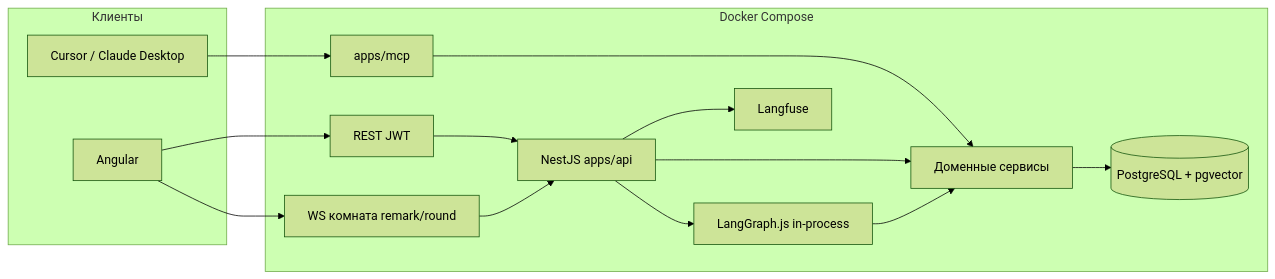
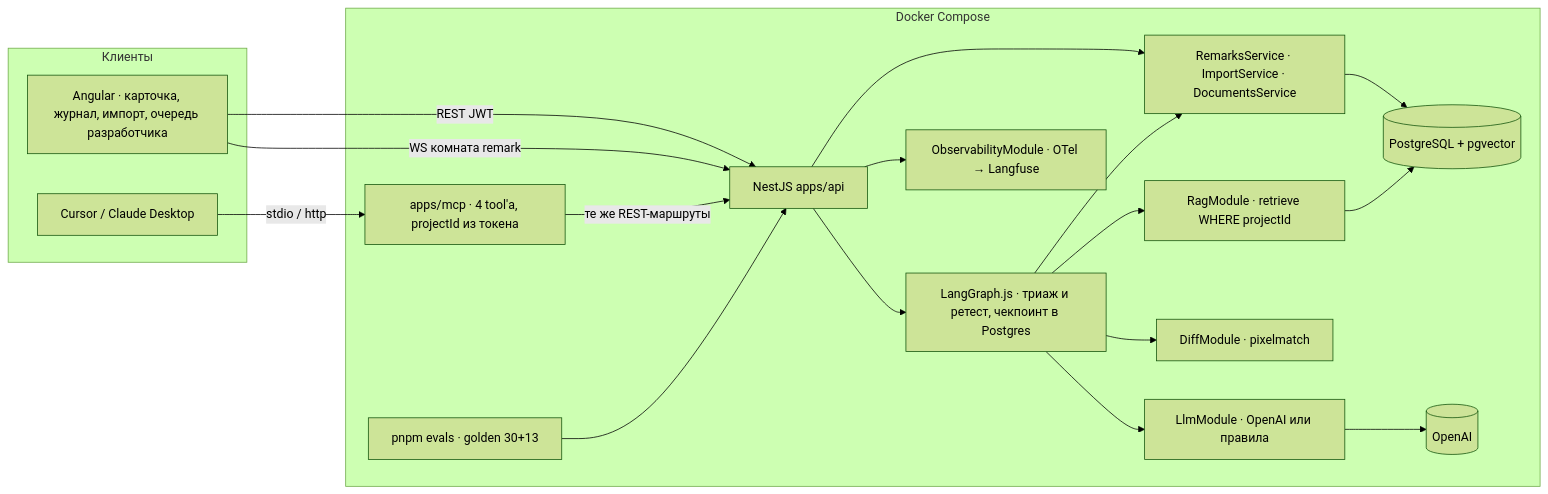
The first of 2 diagrams in docs/ARCHITECTURE.md (Dunenbetov/remark-round), drawn with Mermaid (forest theme) before and after one commit. The commit also changed other lines of this file and 21 other files, not shown here.

````diff
--- a/docs/ARCHITECTURE.md
+++ b/docs/ARCHITECTURE.md
@@ -5,21 +5,25 @@
 ```mermaid
 flowchart LR
   subgraph clients [Клиенты]
-    Web[Angular]
+    Web[Angular · карточка, журнал, импорт, очередь разработчика]
     IDE[Cursor / Claude Desktop]
   end
 
   subgraph compose [Docker Compose]
-    Web --> REST[REST JWT]
-    Web --> WS[WS комната remark/round]
-    REST --> API[NestJS apps/api]
-    WS --> API
-    IDE --> MCP[apps/mcp]
-    MCP --> Domain
-    API --> Domain[Доменные сервисы]
+    Web -->|REST JWT| API
+    Web -->|WS комната remark| API
+    IDE -->|stdio / http| MCP[apps/mcp · 4 tool'а, projectId из токена]
+    MCP -->|те же REST-маршруты| API[NestJS apps/api]
+    API --> Domain[RemarksService · ImportService · DocumentsService]
+    API --> Graph[LangGraph.js · триаж и ретест, чекпоинт в Postgres]
+    Graph --> Domain
+    Graph --> Rag[RagModule · retrieve WHERE projectId]
+    Graph --> Diff[DiffModule · pixelmatch]
+    Graph --> Llm[LlmModule · OpenAI или правила]
     Domain --> PG[(PostgreSQL + pgvector)]
-    API --> LG[LangGraph.js in-process]
-    LG --> Domain
-    API --> LF[Langfuse]
+    Rag --> PG
+    Llm --> OpenAI[(OpenAI)]
+    API --> Obs[ObservabilityModule · OTel → Langfuse]
+    Evals[pnpm evals · golden 30+13] --> API
   end
 ```
````
